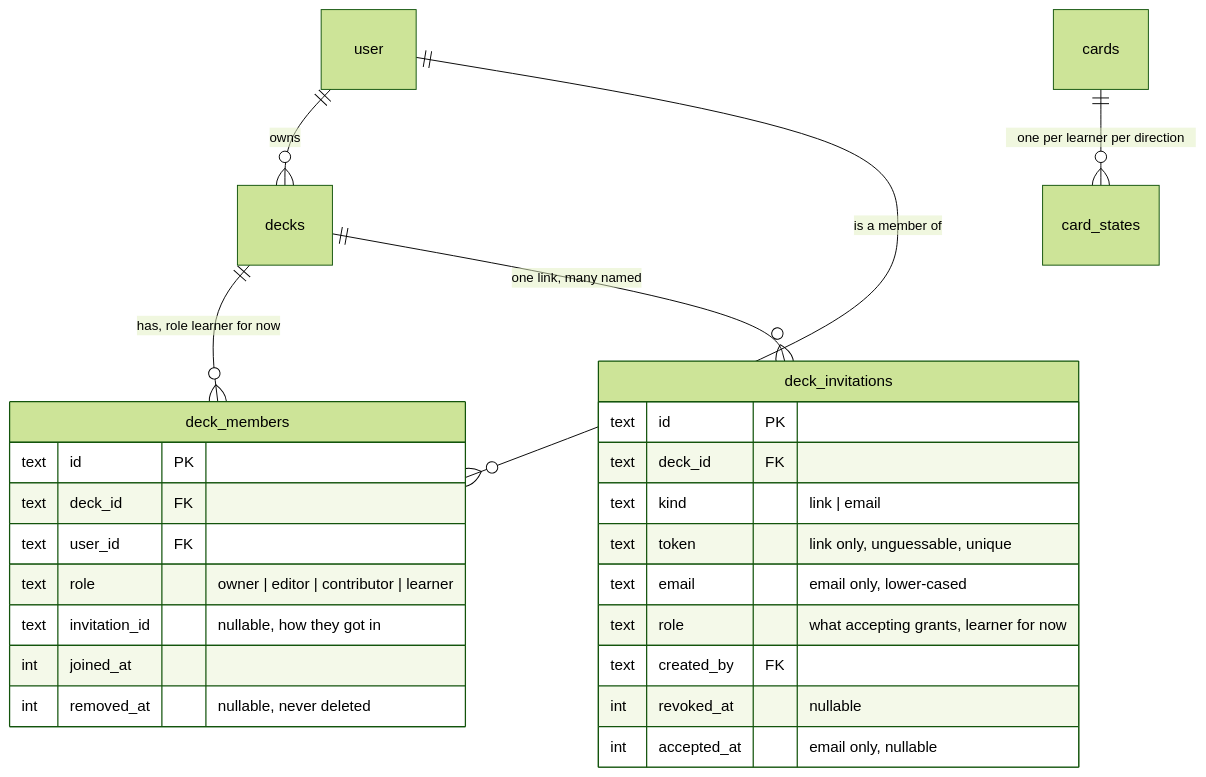
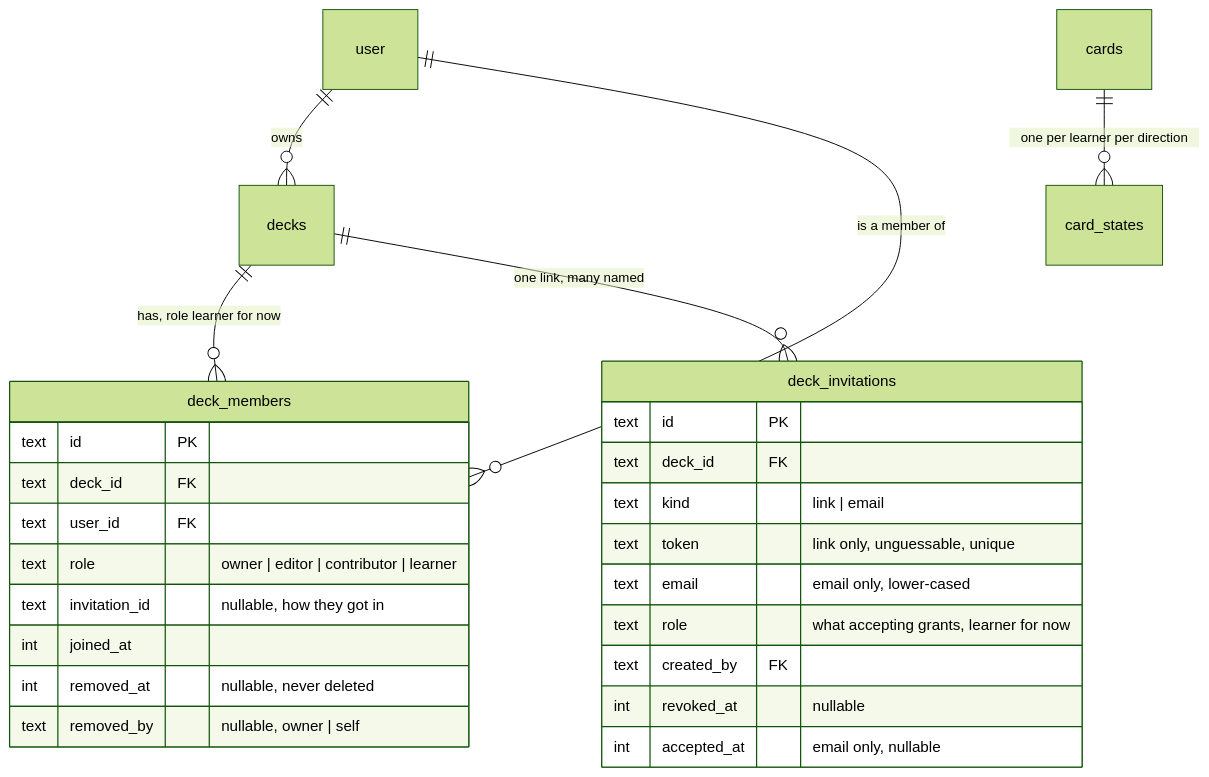
One commit to krambertech/lymi changed the first of 2 diagrams in docs/plans/2026-09-12-shared-decks.md. Above: the diagram before and after it, drawn with Mermaid (forest theme). The commit also changed other lines of this file and 2 other files, not shown here.

````diff
--- a/docs/plans/2026-09-12-shared-decks.md
+++ b/docs/plans/2026-09-12-shared-decks.md
@@ -11,29 +11,30 @@
 ```mermaid
 erDiagram
   user ||--o{ decks : owns
   decks ||--o{ deck_members : "has, role learner for now"
   user ||--o{ deck_members : "is a member of"
   decks ||--o{ deck_invitations : "one link, many named"
   cards ||--o{ card_states : "one per learner per direction"
 
   deck_members {
     text id PK
     text deck_id FK
     text user_id FK
     text role "owner | editor | contributor | learner"
     text invitation_id "nullable, how they got in"
     int joined_at
     int removed_at "nullable, never deleted"
+    text removed_by "nullable, owner | self"
   }
   deck_invitations {
     text id PK
     text deck_id FK
     text kind "link | email"
     text token "link only, unguessable, unique"
     text email "email only, lower-cased"
     text role "what accepting grants, learner for now"
     text created_by FK
     int revoked_at "nullable"
     int accepted_at "email only, nullable"
   }
 ```
````
